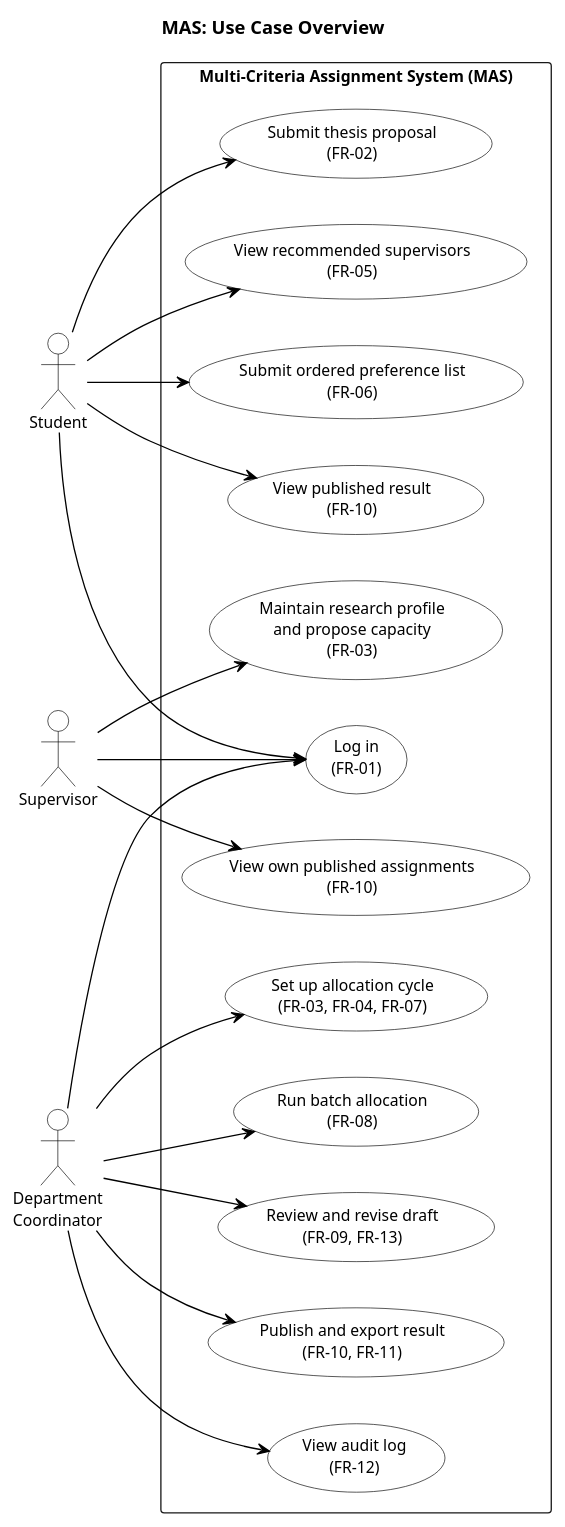
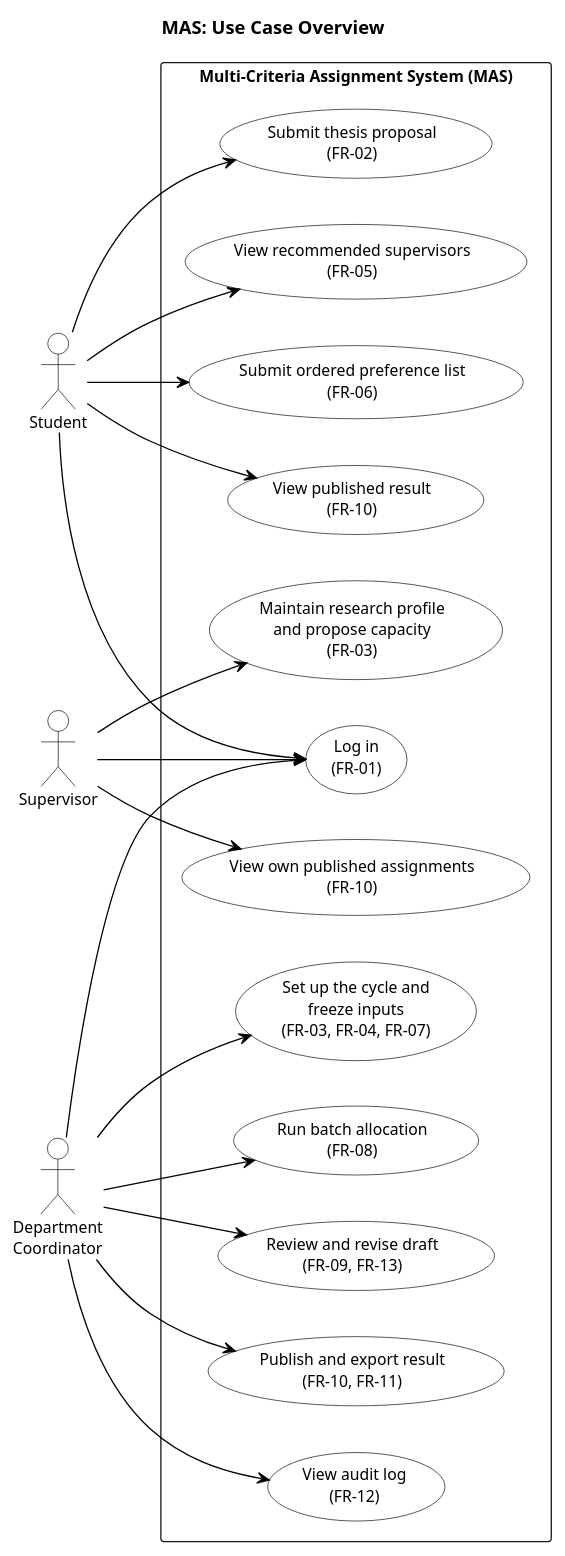
One commit to Diasb4/Diploma changed the first of 4 diagrams in diagrams/src/use-case.puml. Above: the diagram before and after it, drawn with PlantUML. The commit also changed other lines of this file and 5 other files, not shown here.

```diff
--- a/diagrams/src/use-case.puml
+++ b/diagrams/src/use-case.puml
@@ -1,61 +1,61 @@
 @startuml use-case-overview
 ' MAS-13: Use Case diagrams for the Multi-Criteria Assignment System.
 ' This file holds four diagrams: an overview and one detailed view per actor.
 ' Use case labels carry the requirement IDs from docs/06-requirements-spec.md.
 
 title MAS: Use Case Overview
 
 left to right direction
 skinparam shadowing false
 skinparam defaultFontName Arial
 skinparam defaultFontSize 12
 skinparam ArrowColor Black
 skinparam usecase {
   BackgroundColor White
   BorderColor Black
 }
 skinparam actor {
   BackgroundColor White
   BorderColor Black
 }
 
 actor "Student" as Student
 actor "Supervisor" as Supervisor
 actor "Department\nCoordinator" as Coordinator
 
 rectangle "Multi-Criteria Assignment System (MAS)" {
   usecase "Log in\n(FR-01)" as LOGIN
 
   usecase "Submit thesis proposal\n(FR-02)" as S1
   usecase "View recommended supervisors\n(FR-05)" as S2
   usecase "Submit ordered preference list\n(FR-06)" as S3
   usecase "View published result\n(FR-10)" as S4
 
   usecase "Maintain research profile\nand propose capacity\n(FR-03)" as P1
   usecase "View own published assignments\n(FR-10)" as P2
 
-  usecase "Set up allocation cycle\n(FR-03, FR-04, FR-07)" as C1
+  usecase "Set up the cycle and\nfreeze inputs\n(FR-03, FR-04, FR-07)" as C1
   usecase "Run batch allocation\n(FR-08)" as C2
   usecase "Review and revise draft\n(FR-09, FR-13)" as C3
   usecase "Publish and export result\n(FR-10, FR-11)" as C4
   usecase "View audit log\n(FR-12)" as C5
 }
 
 Student --> LOGIN
 Supervisor --> LOGIN
 Coordinator --> LOGIN
 
 Student --> S1
 Student --> S2
 Student --> S3
 Student --> S4
 
 Supervisor --> P1
 Supervisor --> P2
 
 Coordinator --> C1
 Coordinator --> C2
 Coordinator --> C3
 Coordinator --> C4
 Coordinator --> C5
 @enduml
```
